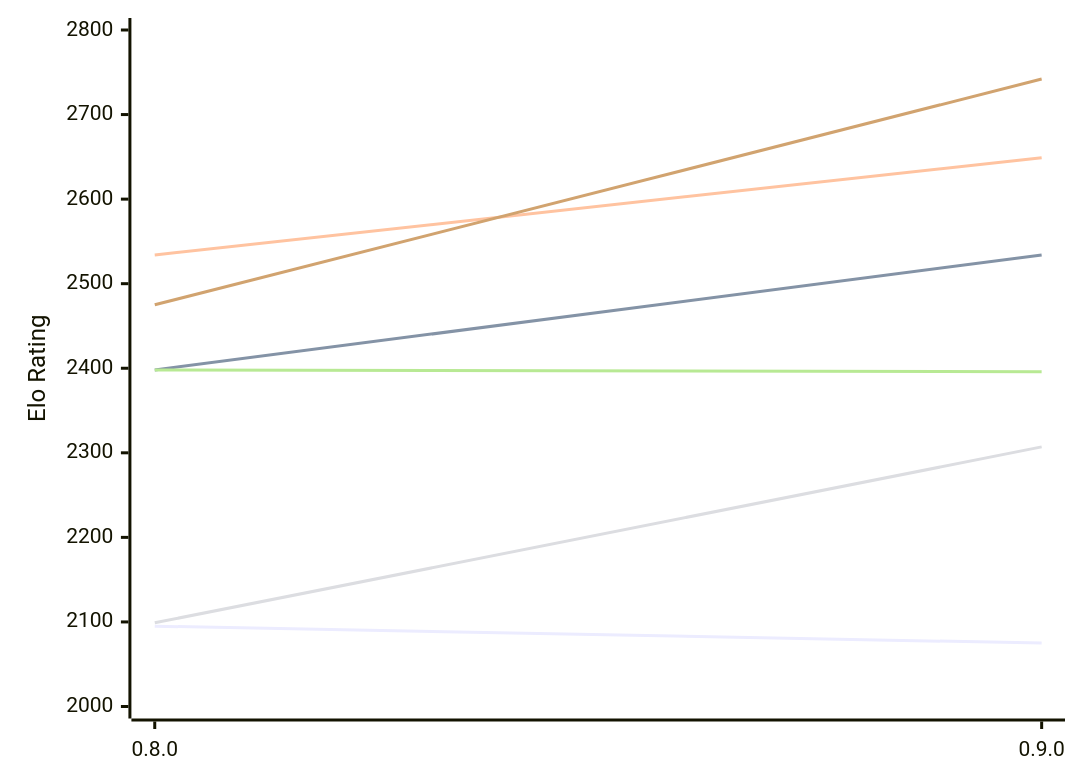
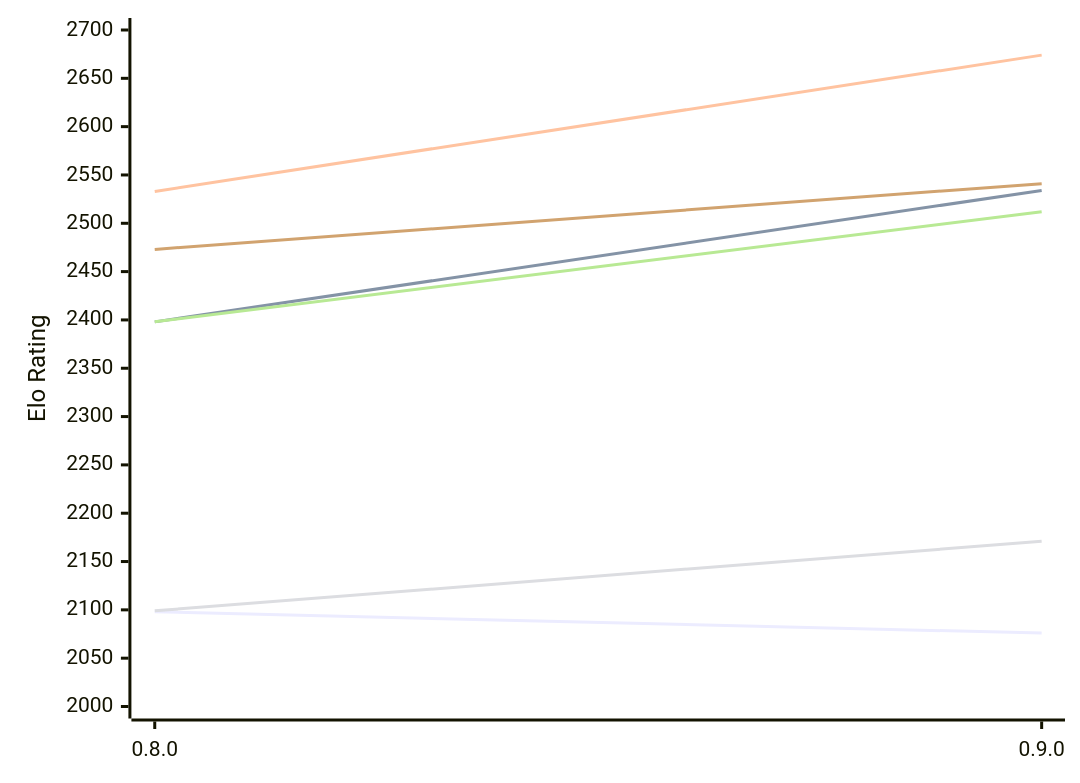
Before and after one commit to computer-chess-index/cci: the diagram in engines/Barbarossa.md, drawn with Mermaid. The commit also changed other lines of this file, not shown here.

Commit message:
Update CCI Ratings (ELO VLTC) - 2026-11-26

````diff
--- a/engines/Barbarossa.md
+++ b/engines/Barbarossa.md
@@ -49,12 +49,12 @@
 ```mermaid
 %%{init: {"theme":"base","themeVariables":{"seriesColors:['#a3a3a3','#222221','#faa371']}}}%%
 xychart-beta
   x-axis ["0.8.0", "0.9.0"]
-  y-axis "Elo Rating" 2000 --> 2800
-  line "E1: STC (8.0+0.08s)" [2095, 2075]
+  y-axis "Elo Rating" 2000 --> 2700
+  line "E1: STC (8.0+0.08s)" [2098, 2076]
   line "E1: LTC (60.0+0.60s)" [2398, 2534]
-  line "E1: VLTC (2m24s+1.12s)" [2534, 2649]
-  line "P1: STC (8.0+0.08s)" [2099, 2307]
-  line "P1: LTC (60.0+0.60s)" [2398, 2396]
-  line "P1: VLTC (2m24s+1.12s)" [2475, 2742]
+  line "E1: VLTC (2m24s+1.12s)" [2533, 2674]
+  line "P1: STC (8.0+0.08s)" [2099, 2171]
+  line "P1: LTC (60.0+0.60s)" [2398, 2512]
+  line "P1: VLTC (2m24s+1.12s)" [2473, 2541]
 ```
````
